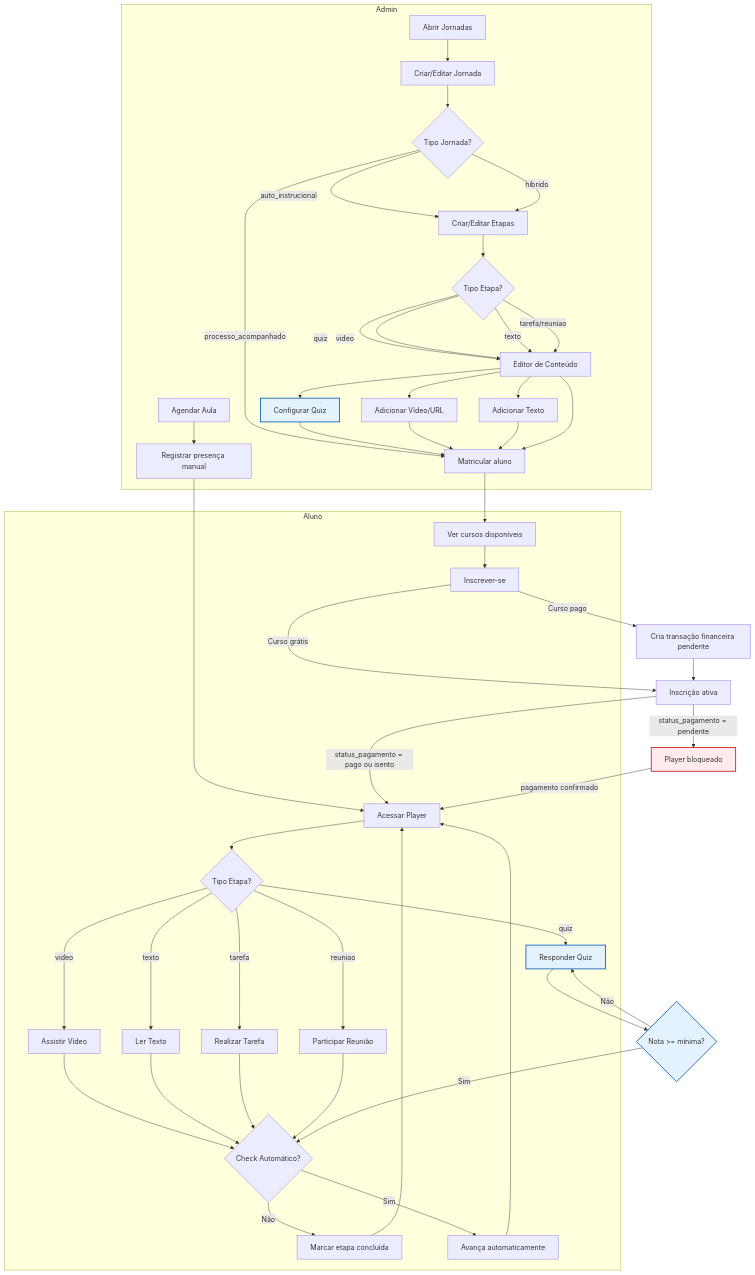
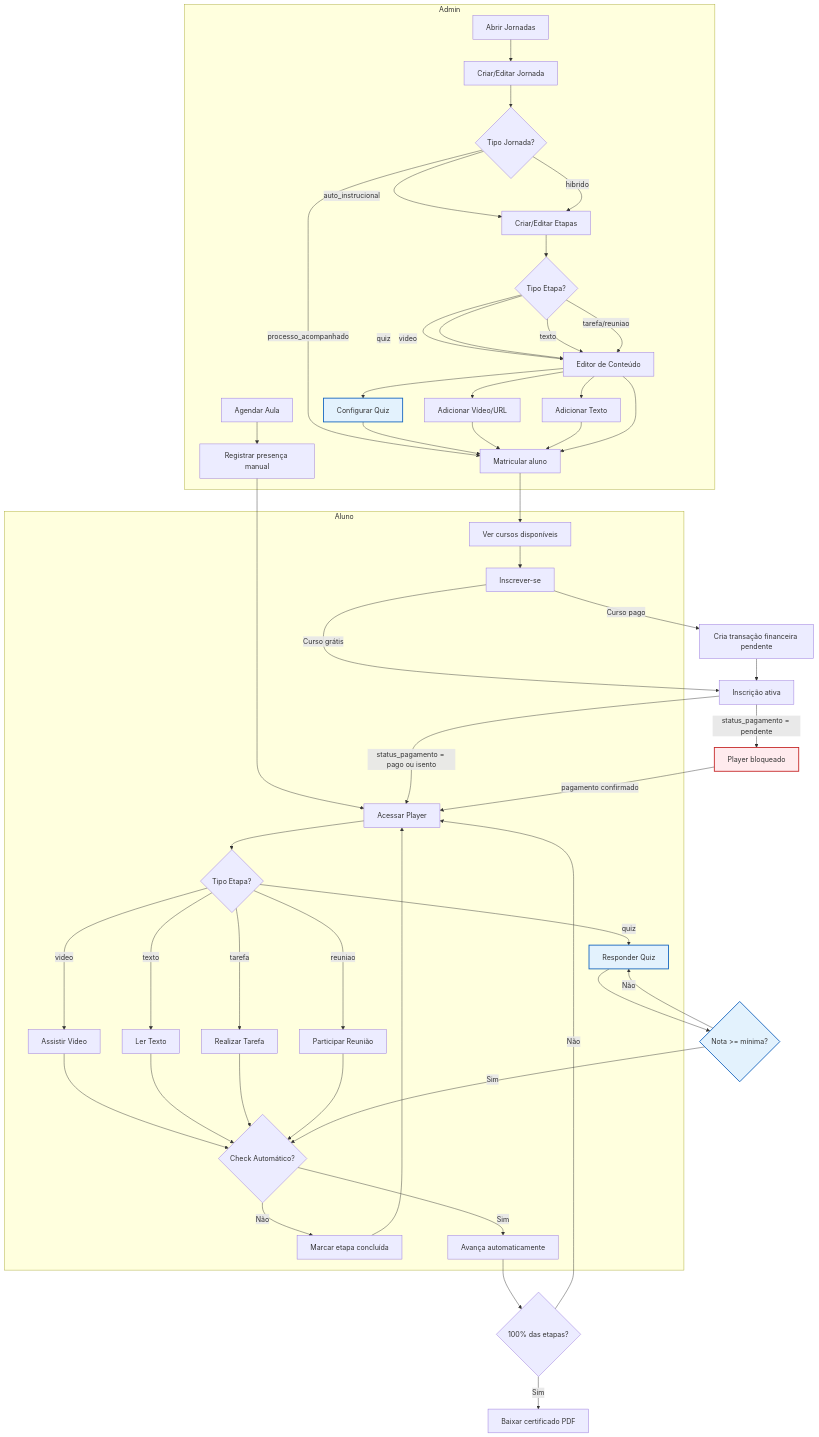
One commit to adrianoapc/igreja-carvalho changed the diagram in docs/diagramas/fluxo-ensino.md. Above: the diagram before and after it, drawn with Mermaid. The commit also changed 3 other files, not shown here.

````diff
--- a/docs/diagramas/fluxo-ensino.md
+++ b/docs/diagramas/fluxo-ensino.md
@@ -3,77 +3,79 @@
 ```mermaid
 flowchart TD
     subgraph Admin
         AJ[Abrir Jornadas]
         CJ[Criar/Editar Jornada]
         TJ{Tipo Jornada?}
         AE[Criar/Editar Etapas]
         CE{Tipo Etapa?}
         EC[Editor de Conteúdo]
         CQ[Configurar Quiz]
         CV[Adicionar Vídeo/URL]
         CT[Adicionar Texto]
         MI[Matricular aluno]
         AA[Agendar Aula]
         RS[Registrar presença manual]
     end
 
     subgraph Aluno
         VA[Ver cursos disponíveis]
         IN[Inscrever-se]
         PL[Acessar Player]
         ET{Tipo Etapa?}
         VV[Assistir Vídeo]
         LT[Ler Texto]
         RQ[Responder Quiz]
         RT[Realizar Tarefa]
         PR[Participar Reunião]
         CA{Check Automático?}
         MA[Marcar etapa concluída]
         AV[Avança automaticamente]
     end
 
     AJ --> CJ --> TJ
     TJ -->|auto_instrucional| AE
     TJ -->|processo_acompanhado| MI
     TJ -->|hibrido| AE
     
     AE --> CE
     CE -->|quiz| EC --> CQ --> MI
     CE -->|video| EC --> CV --> MI
     CE -->|texto| EC --> CT --> MI
     CE -->|tarefa/reuniao| EC --> MI
     
     MI --> VA
     VA --> IN
 
     IN -->|Curso pago| TF[Cria transação financeira pendente]
     IN -->|Curso grátis| INS[Inscrição ativa]
 
     TF --> INS
 
     AA --> RS
     RS --> PL
 
     INS -->|status_pagamento = pago ou isento| PL
     INS -->|status_pagamento = pendente| BLK[Player bloqueado]
     BLK -->|pagamento confirmado| PL
 
     PL --> ET
     ET -->|video| VV --> CA
     ET -->|texto| LT --> CA
     ET -->|quiz| RQ --> NM{Nota >= mínima?}
     ET -->|tarefa| RT --> CA
     ET -->|reuniao| PR --> CA
     
     NM -->|Sim| CA
     NM -->|Não| RQ
     
-    CA -->|Sim| AV --> PL
+    CA -->|Sim| AV --> FC{100% das etapas?}
+    FC -->|Sim| BC[Baixar certificado PDF]
+    FC -->|Não| PL
     CA -->|Não| MA --> PL
 
     %% Estilos
     classDef blocked fill:#ffebee,stroke:#c62828,stroke-width:2px;
     classDef quiz fill:#e3f2fd,stroke:#1565c0,stroke-width:2px;
     class BLK blocked;
     class RQ,CQ,NM quiz;
 ```
````
